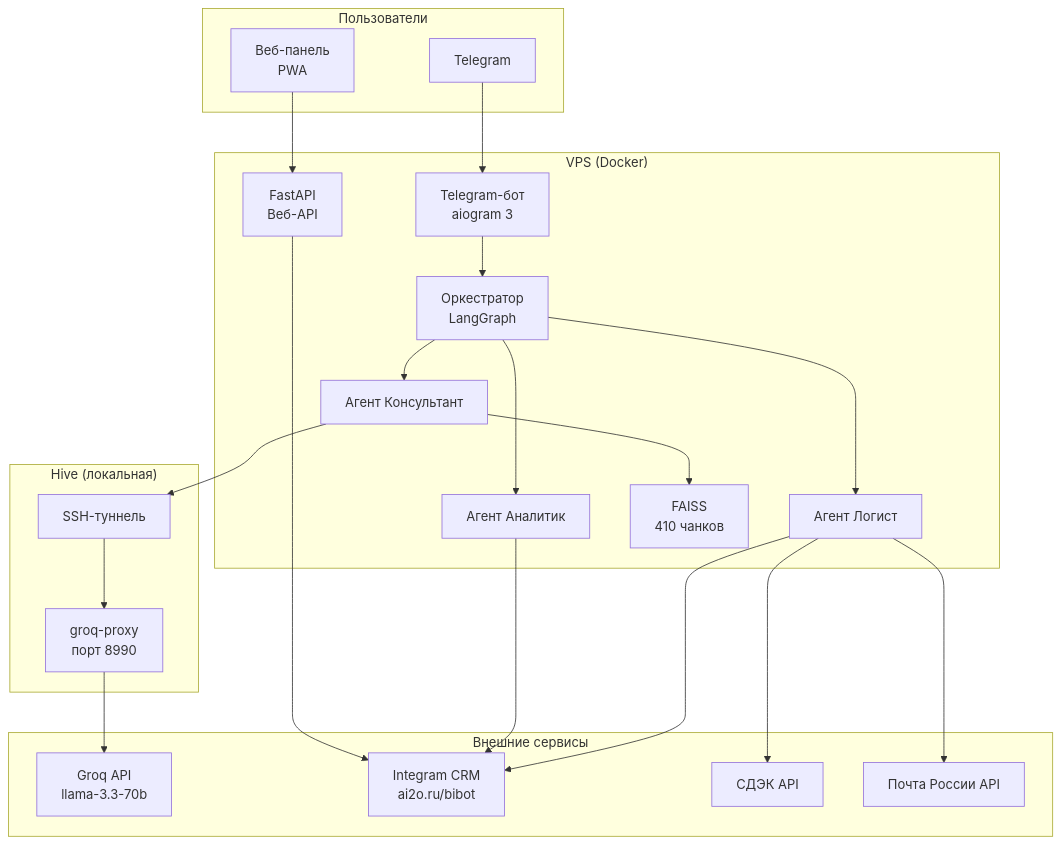
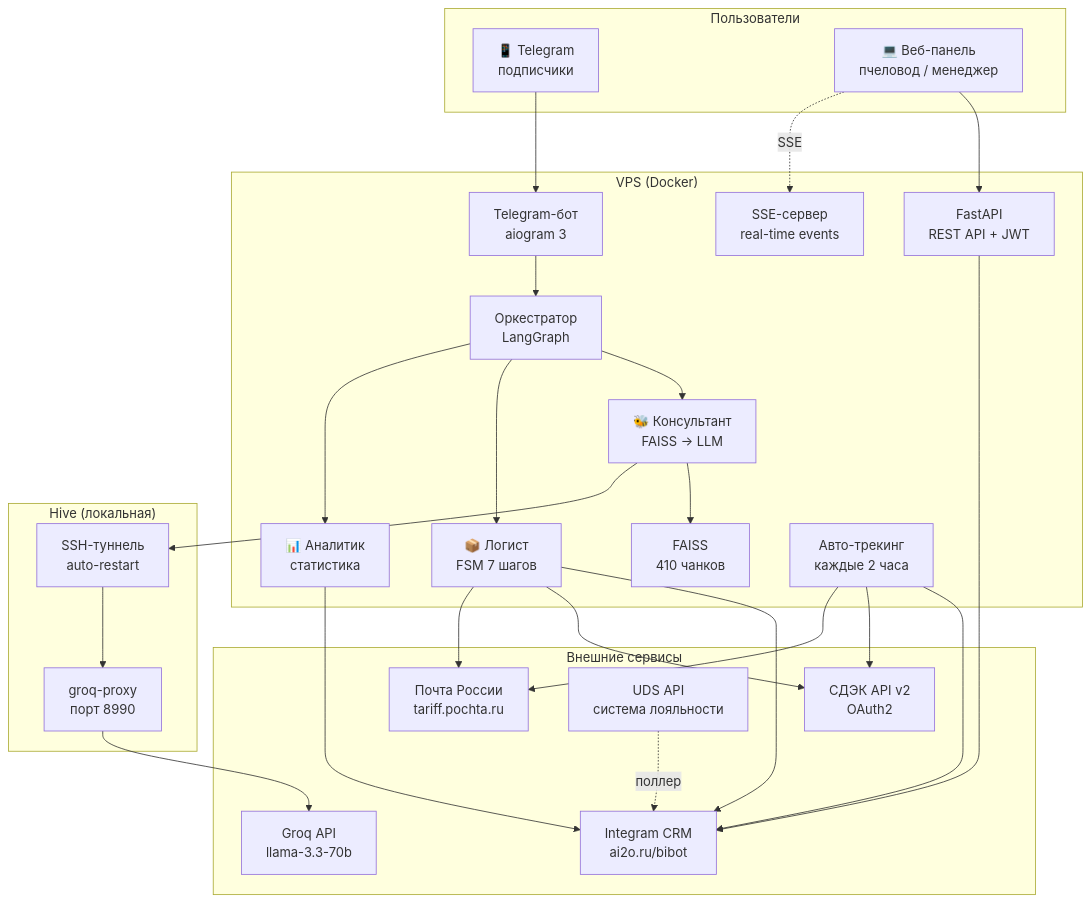
The first of 12 diagrams in docs/architecture.md (unidel2035/BEEBOT), drawn with Mermaid before and after one commit. The commit also changed other lines of this file and 14 other files, not shown here.

````diff
--- a/docs/architecture.md
+++ b/docs/architecture.md
@@ -9,44 +9,52 @@
 ```mermaid
 graph TB
     subgraph Пользователи
-        TG[Telegram]
-        WEB[Веб-панель<br/>PWA]
+        TG[📱 Telegram<br/>подписчики]
+        WEB[💻 Веб-панель<br/>пчеловод / менеджер]
     end
 
     subgraph VPS["VPS (Docker)"]
         BOT[Telegram-бот<br/>aiogram 3]
         ORCH[Оркестратор<br/>LangGraph]
-        BEEBOT_A[Агент Консультант]
-        LOGIST[Агент Логист]
-        ANALYST[Агент Аналитик]
-        API[FastAPI<br/>Веб-API]
+        BEEBOT_A[🐝 Консультант<br/>FAISS → LLM]
+        LOGIST[📦 Логист<br/>FSM 7 шагов]
+        ANALYST[📊 Аналитик<br/>статистика]
+        API[FastAPI<br/>REST API + JWT]
         FAISS[FAISS<br/>410 чанков]
+        TRACKER[Авто-трекинг<br/>каждые 2 часа]
+        SSE[SSE-сервер<br/>real-time events]
     end
 
-    subgraph Внешние сервисы
+    subgraph Внешние["Внешние сервисы"]
         GROQ[Groq API<br/>llama-3.3-70b]
         CRM[Integram CRM<br/>ai2o.ru/bibot]
-        CDEK[СДЭК API]
-        POCHTA[Почта России API]
+        CDEK[СДЭК API v2<br/>OAuth2]
+        POCHTA[Почта России<br/>tariff.pochta.ru]
+        UDS[UDS API<br/>система лояльности]
     end
 
     subgraph HIVE["Hive (локальная)"]
         PROXY[groq-proxy<br/>порт 8990]
-        TUNNEL[SSH-туннель]
+        TUNNEL[SSH-туннель<br/>auto-restart]
     end
 
     TG --> BOT
     WEB --> API
+    WEB -.->|SSE| SSE
     BOT --> ORCH
     ORCH --> BEEBOT_A
     ORCH --> LOGIST
     ORCH --> ANALYST
     BEEBOT_A --> FAISS
     BEEBOT_A --> TUNNEL
     LOGIST --> CRM
     LOGIST --> CDEK
     LOGIST --> POCHTA
     ANALYST --> CRM
     API --> CRM
+    TRACKER --> CRM
+    TRACKER --> CDEK
+    TRACKER --> POCHTA
     TUNNEL --> PROXY --> GROQ
+    UDS -.->|поллер| CRM
 ```
````
